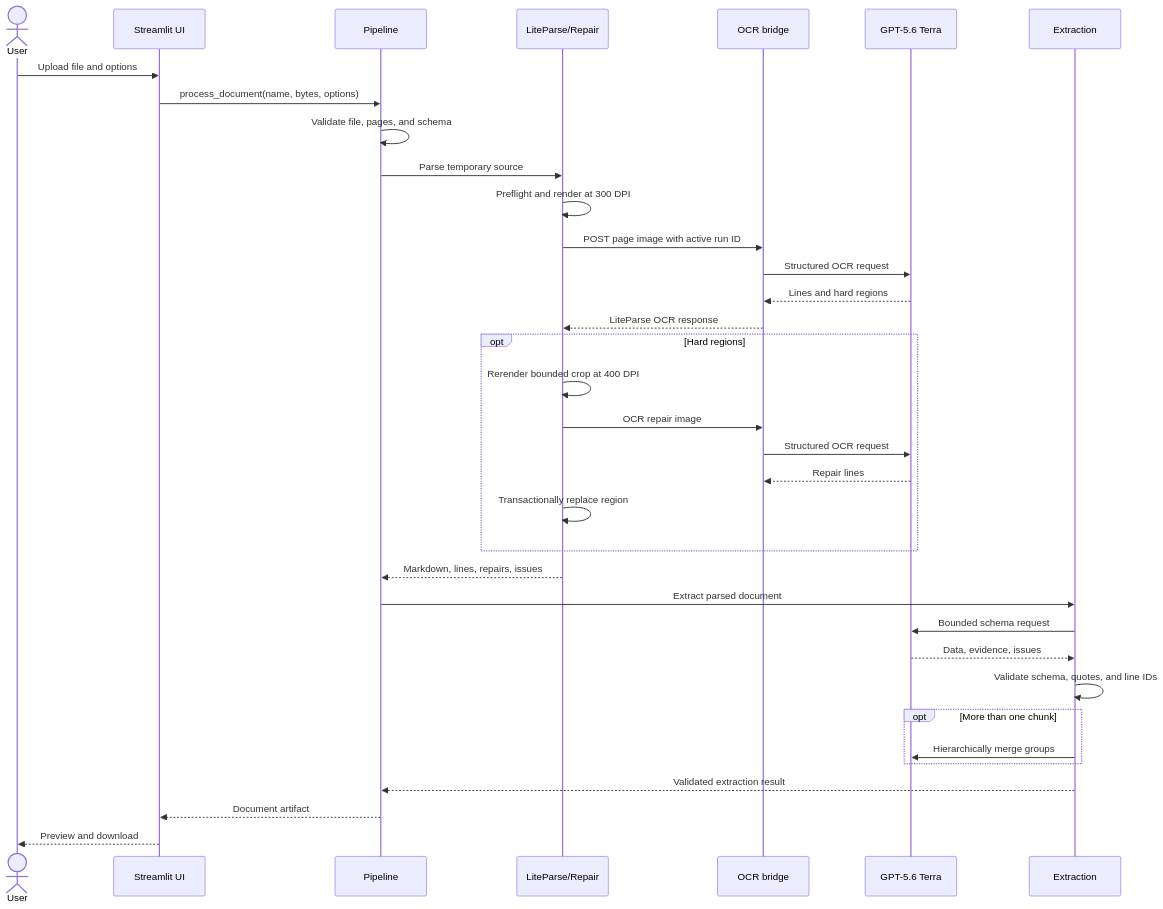
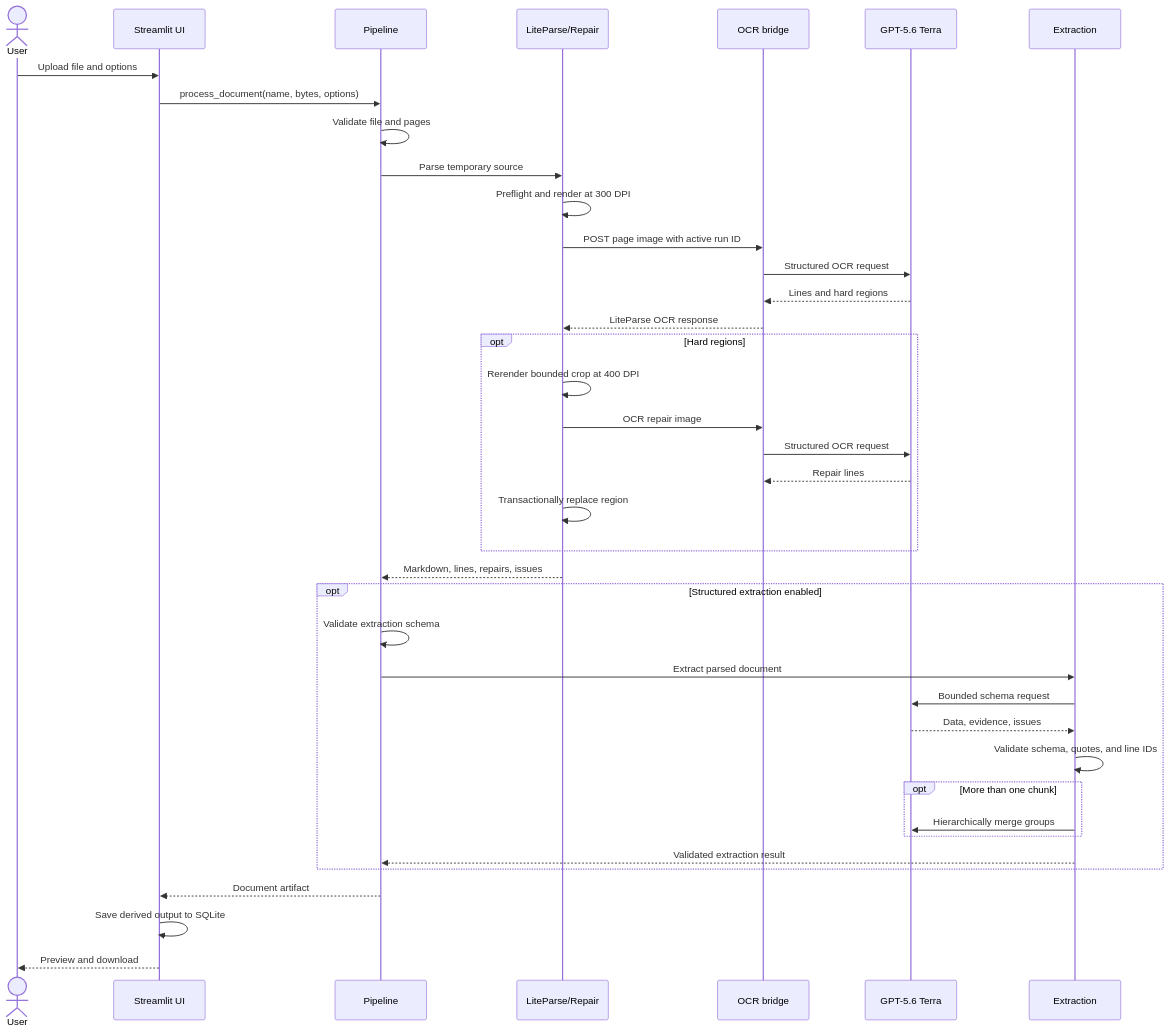
One commit to pypi-ahmad/liteparse-agentic-document-extraction changed the diagram in docs/codebase/processing-flow.md. Above: the diagram before and after it, drawn with Mermaid. The commit also changed other lines of this file and 16 other files, not shown here.

````diff
--- a/docs/codebase/processing-flow.md
+++ b/docs/codebase/processing-flow.md
@@ -5,38 +5,42 @@
 ```mermaid
 sequenceDiagram
     actor User
     participant UI as Streamlit UI
     participant P as Pipeline
     participant L as LiteParse/Repair
     participant O as OCR bridge
     participant T as GPT-5.6 Terra
     participant E as Extraction
 
     User->>UI: Upload file and options
     UI->>P: process_document(name, bytes, options)
-    P->>P: Validate file, pages, and schema
+    P->>P: Validate file and pages
     P->>L: Parse temporary source
     L->>L: Preflight and render at 300 DPI
     L->>O: POST page image with active run ID
     O->>T: Structured OCR request
     T-->>O: Lines and hard regions
     O-->>L: LiteParse OCR response
     opt Hard regions
         L->>L: Rerender bounded crop at 400 DPI
         L->>O: OCR repair image
         O->>T: Structured OCR request
         T-->>O: Repair lines
         L->>L: Transactionally replace region
     end
     L-->>P: Markdown, lines, repairs, issues
-    P->>E: Extract parsed document
-    E->>T: Bounded schema request
-    T-->>E: Data, evidence, issues
-    E->>E: Validate schema, quotes, and line IDs
-    opt More than one chunk
-        E->>T: Hierarchically merge groups
+    opt Structured extraction enabled
+        P->>P: Validate extraction schema
+        P->>E: Extract parsed document
+        E->>T: Bounded schema request
+        T-->>E: Data, evidence, issues
+        E->>E: Validate schema, quotes, and line IDs
+        opt More than one chunk
+            E->>T: Hierarchically merge groups
+        end
+        E-->>P: Validated extraction result
     end
-    E-->>P: Validated extraction result
     P-->>UI: Document artifact
+    UI->>UI: Save derived output to SQLite
     UI-->>User: Preview and download
 ```
````
